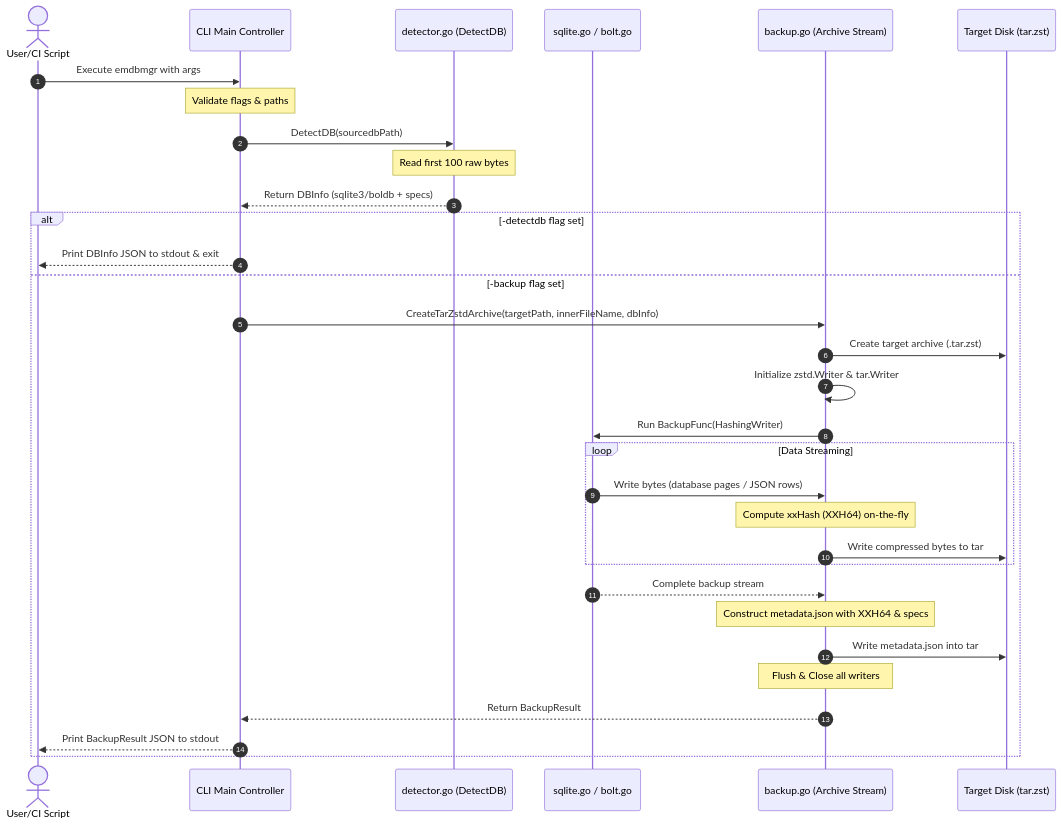
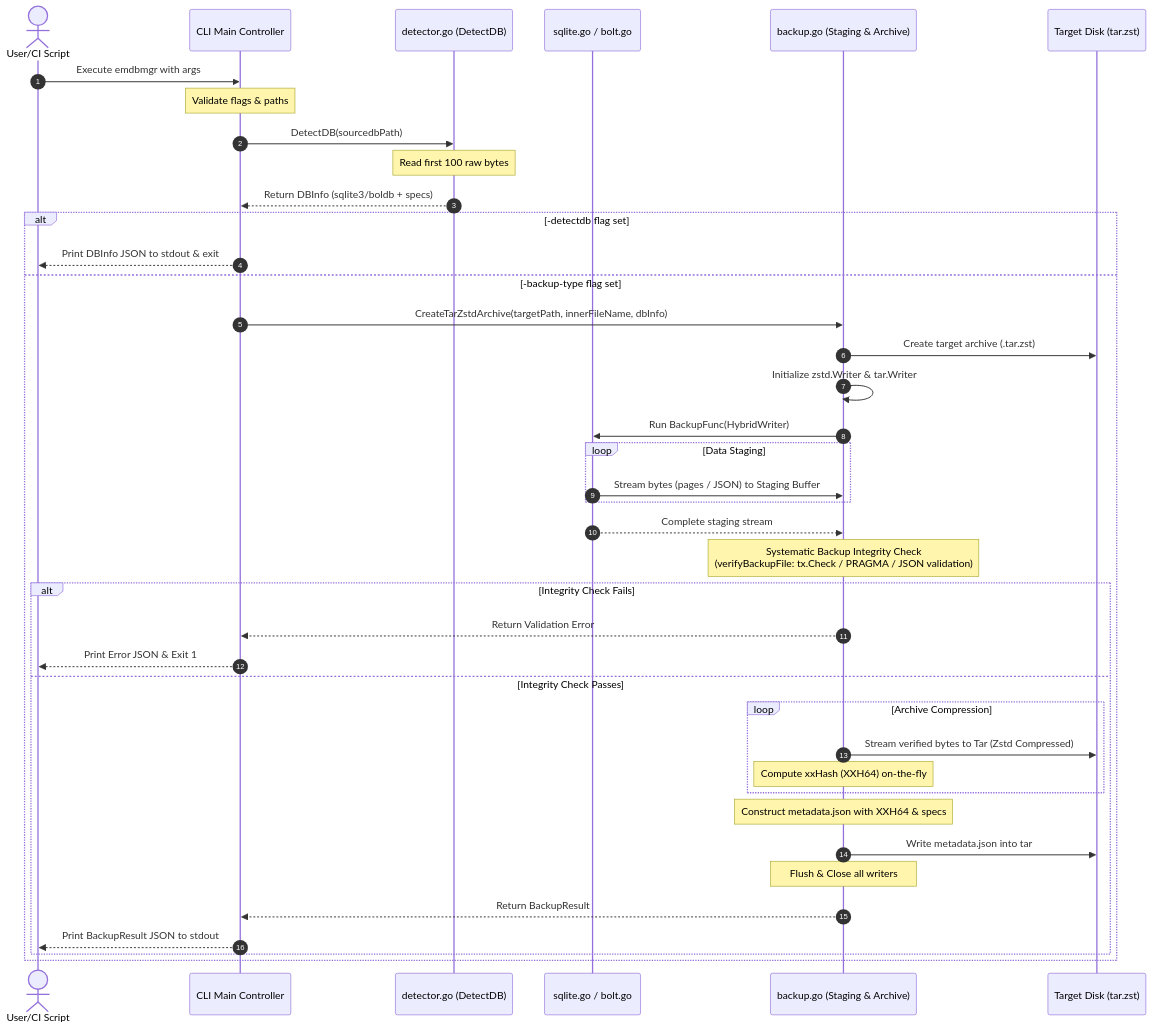
The second of 4 diagrams in README.md (edsilegxrepo/emdbmgr), drawn with Mermaid before and after one commit. The commit also changed other lines of this file and 5 other files, not shown here.

````diff
--- a/README.md
+++ b/README.md
@@ -103,39 +103,48 @@
 ```mermaid
 sequenceDiagram
     autonumber
     actor CLI as User/CI Script
     participant Main as CLI Main Controller
     participant Det as detector.go (DetectDB)
     participant Engine as sqlite.go / bolt.go
-    participant Back as backup.go (Archive Stream)
+    participant Back as backup.go (Staging & Archive)
     participant Disk as Target Disk (tar.zst)
 
     CLI->>Main: Execute emdbmgr with args
     Note over Main: Validate flags & paths
     Main->>Det: DetectDB(sourcedbPath)
     Note over Det: Read first 100 raw bytes
     Det-->>Main: Return DBInfo (sqlite3/boldb + specs)
     
     alt -detectdb flag set
         Main-->>CLI: Print DBInfo JSON to stdout & exit
-    else -backup flag set
+    else -backup-type flag set
         Main->>Back: CreateTarZstdArchive(targetPath, innerFileName, dbInfo)
         Back->>Disk: Create target archive (.tar.zst)
         Back->>Back: Initialize zstd.Writer & tar.Writer
         
-        Back->>Engine: Run BackupFunc(HashingWriter)
-        loop Data Streaming
-            Engine->>Back: Write bytes (database pages / JSON rows)
-            Note over Back: Compute xxHash (XXH64) on-the-fly
-            Back->>Disk: Write compressed bytes to tar
+        Back->>Engine: Run BackupFunc(HybridWriter)
+        loop Data Staging
+            Engine->>Back: Stream bytes (pages / JSON) to Staging Buffer
         end
-        Engine-->>Back: Complete backup stream
+        Engine-->>Back: Complete staging stream
         
-        Note over Back: Construct metadata.json with XXH64 & specs
-        Back->>Disk: Write metadata.json into tar
+        Note over Back: Systematic Backup Integrity Check <br> (verifyBackupFile: tx.Check / PRAGMA / JSON validation)
         
-        Note over Back: Flush & Close all writers
-        Back-->>Main: Return BackupResult
-        Main-->>CLI: Print BackupResult JSON to stdout
+        alt Integrity Check Fails
+            Back-->>Main: Return Validation Error
+            Main-->>CLI: Print Error JSON & Exit 1
+        else Integrity Check Passes
+            loop Archive Compression
+                Back->>Disk: Stream verified bytes to Tar (Zstd Compressed)
+                Note over Back: Compute xxHash (XXH64) on-the-fly
+            end
+            Note over Back: Construct metadata.json with XXH64 & specs
+            Back->>Disk: Write metadata.json into tar
+            
+            Note over Back: Flush & Close all writers
+            Back-->>Main: Return BackupResult
+            Main-->>CLI: Print BackupResult JSON to stdout
+        end
     end
 ```
````
